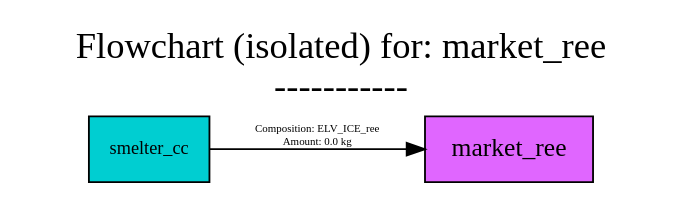
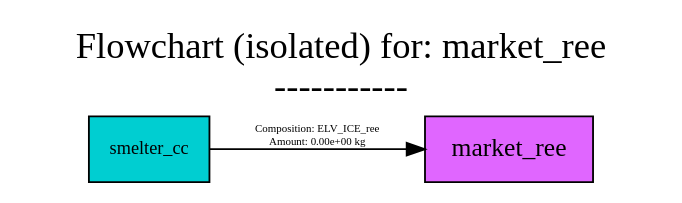
Before and after one commit to FutuRaM-Project/Recovery-Model: the diagram in src/futuram/examples/ELV/figures/flowcharts/processes/dot/market_ree.dot, drawn with Graphviz. The commit also changed 199 other files, not shown here.

```diff
--- a/src/futuram/examples/ELV/figures/flowcharts/processes/dot/market_ree.dot
+++ b/src/futuram/examples/ELV/figures/flowcharts/processes/dot/market_ree.dot
@@ -1,41 +1,41 @@
 digraph {
 	graph [bb="0,0,317,88",
 		font=Cabin,
 		fontname=Cabin,
 		fontsize=20,
 		label="Flowchart (isolated) for: market_ree
 -----------",
 		labeljust=c,
 		labelloc=tc,
 		lheight=0.61,
 		lp="158.5,62",
 		lwidth=4.18,
 		nodesep=0.6,
 		rankdir=LR,
 		ranksep=0.6
 	];
 	node [label="\N"];
 	market_ree	[fillcolor=mediumorchid1,
 		fontname=Cabin,
 		fontsize=14,
 		height=0.5,
 		pos="246,18",
 		shape=box,
 		style=filled,
 		width=1.1944];
 	smelter_cc	[fillcolor=darkturquoise,
 		fontname=Cabin,
 		fontsize=10,
 		height=0.5,
 		pos="60,18",
 		shape=box,
 		style=filled,
 		width=0.88889];
 	smelter_cc -> market_ree	[color=black,
 		fontname=Cabin,
 		fontsize=6,
 		label="Composition: ELV_ICE_ree
-Amount: 0.0 kg",
+Amount: 0.00e+00 kg",
 		lp="147.5,25",
 		pos="e,202.91,18 92.213,18 119.69,18 160.26,18 192.69,18"];
 }
```
